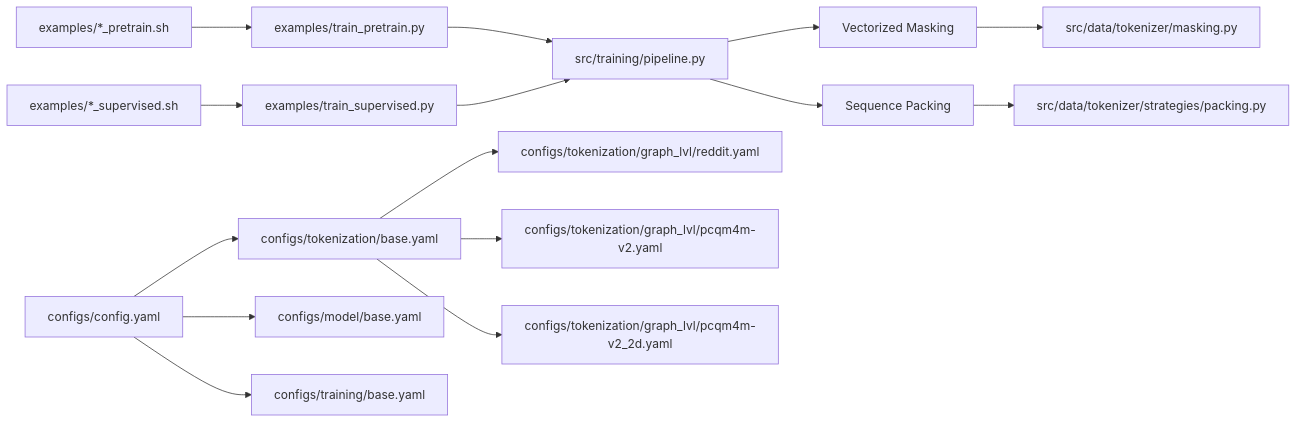
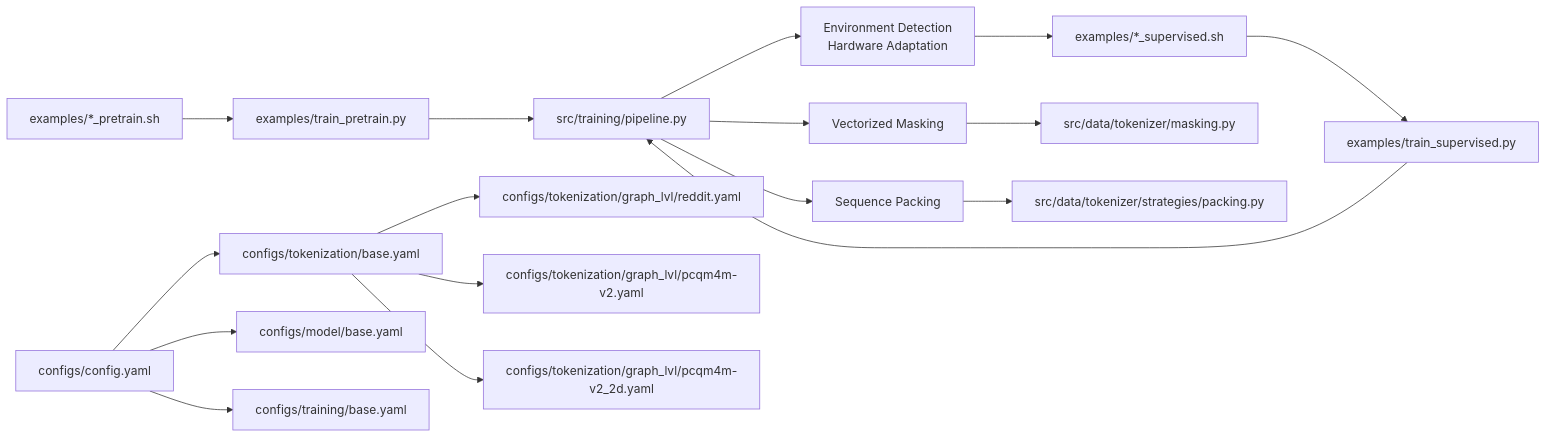
One commit to alibaba/graph-gpt changed the fourth of 4 diagrams in .qoder/repowiki/en/content/Example Scripts/Example Scripts.md. Above: the diagram before and after it, drawn with Mermaid. The commit also changed other lines of this file and 7 other files, not shown here.

Commit message:
update graph-lvl bash files

````diff
--- a/.qoder/repowiki/en/content/Example Scripts/Example Scripts.md
+++ b/.qoder/repowiki/en/content/Example Scripts/Example Scripts.md
@@ -526,17 +651,19 @@
 ```mermaid
 graph LR
 ShPre["examples/*_pretrain.sh"] --> PyPre["examples/train_pretrain.py"]
 ShSV["examples/*_supervised.sh"] --> PySV["examples/train_supervised.py"]
 PyPre --> Pipe["src/training/pipeline.py"]
 PySV --> Pipe
 Cfg["configs/config.yaml"] --> TokBase["configs/tokenization/base.yaml"]
 Cfg --> ModBase["configs/model/base.yaml"]
 Cfg --> TrnBase["configs/training/base.yaml"]
 TokBase --> TokReddit["configs/tokenization/graph_lvl/reddit.yaml"]
 TokBase --> TokPCQM4M["configs/tokenization/graph_lvl/pcqm4m-v2.yaml"]
 TokBase --> TokPCQM4M2D["configs/tokenization/graph_lvl/pcqm4m-v2_2d.yaml"]
+Pipe --> EnvDet["Environment Detection<br/>Hardware Adaptation"]
 Pipe --> VecMask["Vectorized Masking"]
 Pipe --> SeqPack["Sequence Packing"]
+EnvDet --> ShSV
 VecMask --> MaskingCore["src/data/tokenizer/masking.py"]
 SeqPack --> PackingCore["src/data/tokenizer/strategies/packing.py"]
 ```
````
